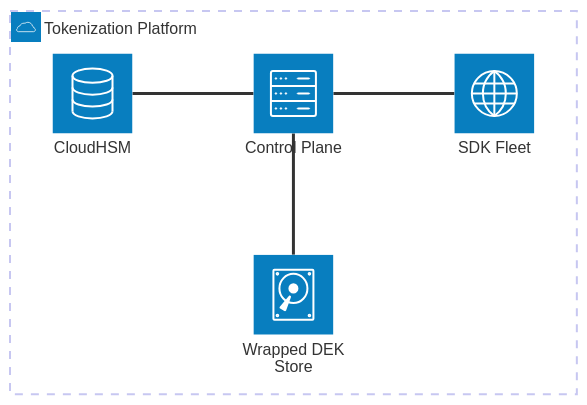
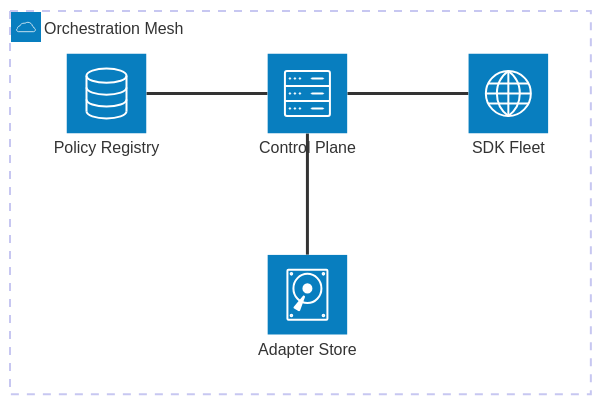
Before and after one commit to SlideWright/lattice: diagram 20 of 25 in lib/components/diagram/diagram/diagram.gallery.md, drawn with Mermaid. The commit also changed other lines of this file and 75 other files, not shown here.

````diff
--- a/lib/components/diagram/diagram/diagram.gallery.md
+++ b/lib/components/diagram/diagram/diagram.gallery.md
@@ -590,11 +590,11 @@
 ```mermaid
 architecture-beta
-  group platform(cloud)[Tokenization Platform]
-  service hsm(database)[CloudHSM] in platform
+  group platform(cloud)[Orchestration Mesh]
+  service reg(database)[Policy Registry] in platform
   service cp(server)[Control Plane] in platform
   service sdk(internet)[SDK Fleet] in platform
-  service store(disk)[Wrapped DEK Store] in platform
-  hsm:R -- L:cp
+  service store(disk)[Adapter Store] in platform
+  reg:R -- L:cp
   cp:R -- L:sdk
   cp:B -- T:store
 ```
````
